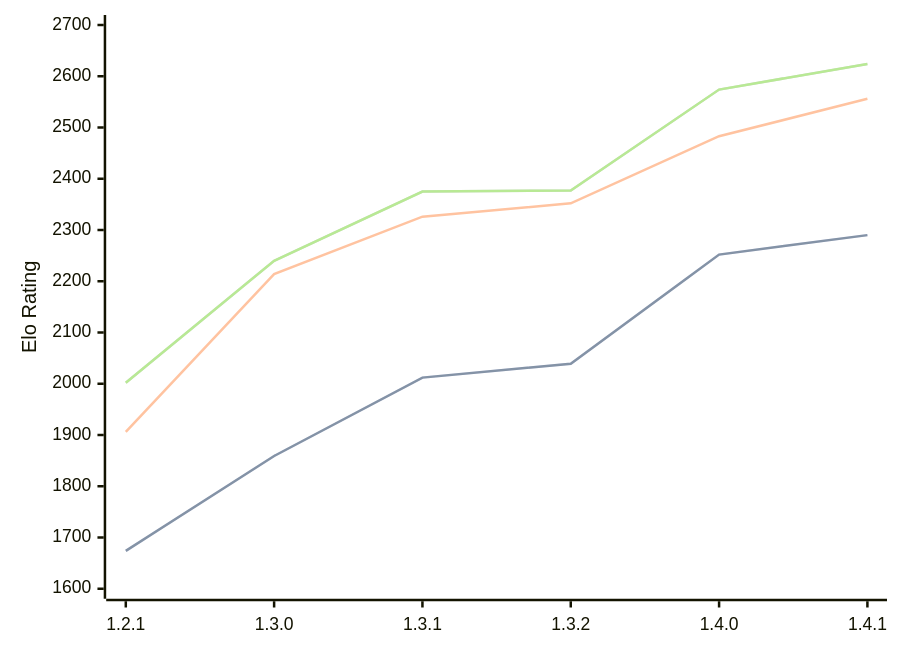
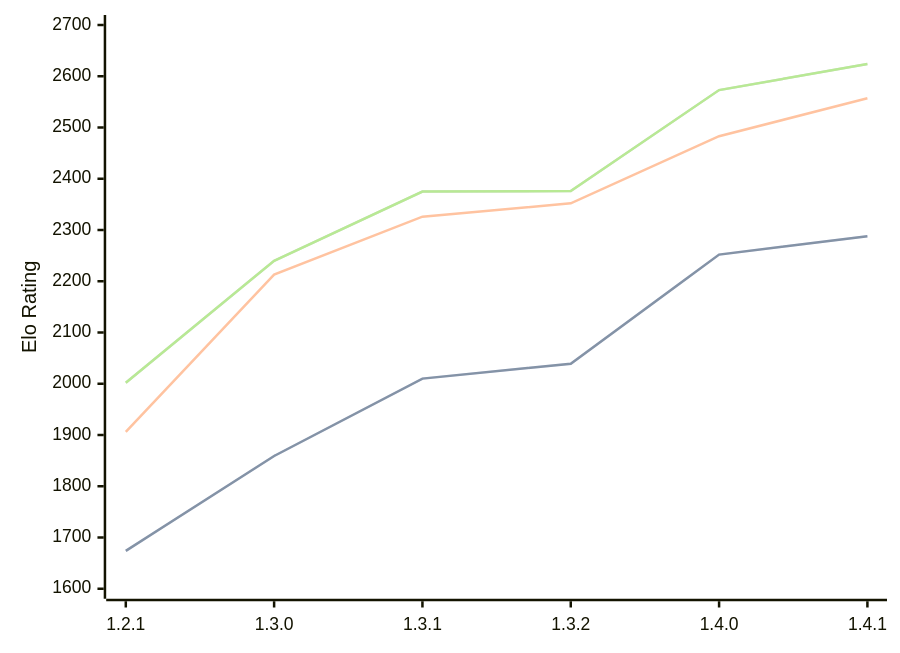
The diagram in engines/Chal.md (computer-chess-index/cci), drawn with Mermaid before and after one commit. The commit also changed other lines of this file, not shown here.

Commit message:
Update CCI Ratings (ELO VLTC) - 2026-06-12

````diff
--- a/engines/Chal.md
+++ b/engines/Chal.md
@@ -39,11 +39,11 @@
 ```mermaid
 %%{init: {"theme":"base","themeVariables":{"seriesColors:['#a3a3a3','#222221','#faa371']}}}%%
 xychart-beta
   x-axis ["1.2.1", "1.3.0", "1.3.1", "1.3.2", "1.4.0", "1.4.1"]
   y-axis "Elo Rating" 1600 --> 2700
-  line "STC (8.0+0.08s)" [1674, 1859, 2012, 2039, 2252, 2290]
-  line "STC (8.0+0.08s)" [1674, 1859, 2012, 2039, 2252, 2290]
-  line "LTC (60.0+0.60s)" [1906, 2214, 2326, 2352, 2483, 2556]
-  line "VLTC (2m24s+1.12s)" [2002, 2240, 2375, 2377, 2574, 2624]
-  line "VLTC (2m24s+1.12s)" [2002, 2240, 2375, 2377, 2574, 2624]
+  line "STC (8.0+0.08s)" [1674, 1859, 2010, 2039, 2252, 2288]
+  line "STC (8.0+0.08s)" [1674, 1859, 2010, 2039, 2252, 2288]
+  line "LTC (60.0+0.60s)" [1906, 2213, 2326, 2352, 2483, 2557]
+  line "VLTC (2m24s+1.12s)" [2002, 2240, 2375, 2376, 2573, 2624]
+  line "VLTC (2m24s+1.12s)" [2002, 2240, 2375, 2376, 2573, 2624]
 ```
````
